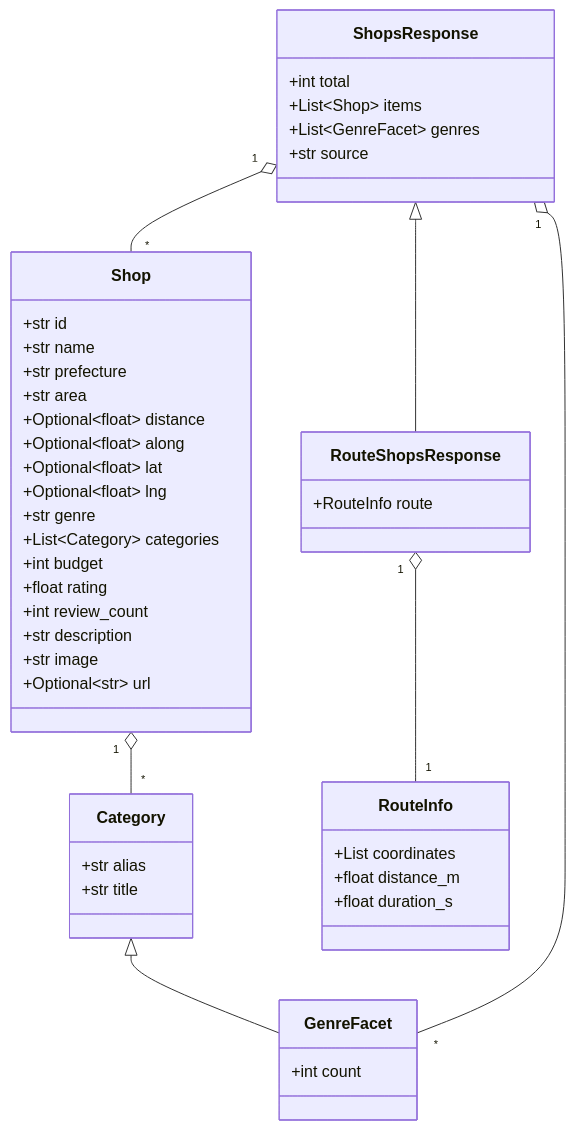
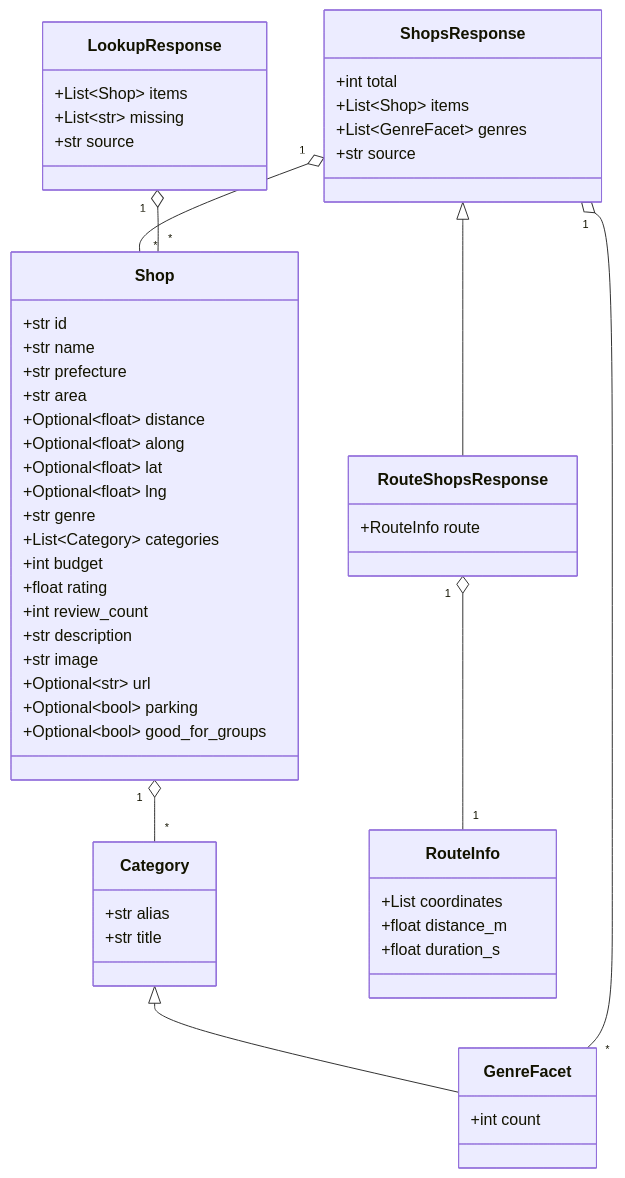
One commit to yokotaka9160/Find-Restaurant-App changed the fourth of 8 diagrams in docs/design.md. Above: the diagram before and after it, drawn with Mermaid. The commit also changed other lines of this file and 16 other files, not shown here.

````diff
--- a/docs/design.md
+++ b/docs/design.md
@@ -184,48 +214,56 @@
 ```mermaid
 classDiagram
   class ShopsResponse {
     +int total
     +List~Shop~ items
     +List~GenreFacet~ genres
     +str source
   }
   class RouteShopsResponse {
     +RouteInfo route
   }
   class Shop {
     +str id
     +str name
     +str prefecture
     +str area
     +Optional~float~ distance
     +Optional~float~ along
     +Optional~float~ lat
     +Optional~float~ lng
     +str genre
     +List~Category~ categories
     +int budget
     +float rating
     +int review_count
     +str description
     +str image
     +Optional~str~ url
+    +Optional~bool~ parking
+    +Optional~bool~ good_for_groups
+  }
+  class LookupResponse {
+    +List~Shop~ items
+    +List~str~ missing
+    +str source
   }
   class Category {
     +str alias
     +str title
   }
   class GenreFacet {
     +int count
   }
   class RouteInfo {
     +List coordinates
     +float distance_m
     +float duration_s
   }
   ShopsResponse <|-- RouteShopsResponse
   Category <|-- GenreFacet
   ShopsResponse "1" o-- "*" Shop
   ShopsResponse "1" o-- "*" GenreFacet
   Shop "1" o-- "*" Category
   RouteShopsResponse "1" o-- "1" RouteInfo
+  LookupResponse "1" o-- "*" Shop
 ```
````
